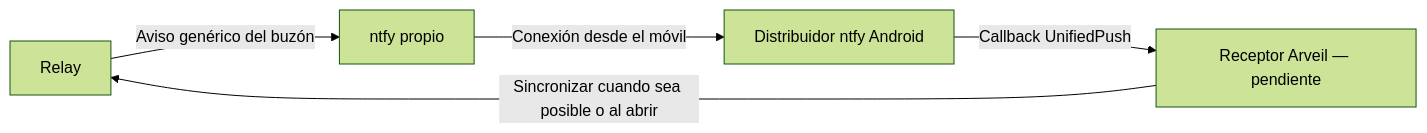
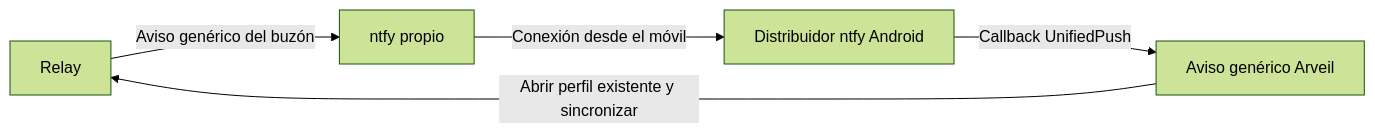
The diagram in docs/es/CLIENT_FILES_NOTIFICATIONS.md (Ulzuhan/arveil), drawn with Mermaid (forest theme) before and after one commit. The commit also changed other lines of this file and 42 other files, not shown here.

````diff
--- a/docs/es/CLIENT_FILES_NOTIFICATIONS.md
+++ b/docs/es/CLIENT_FILES_NOTIFICATIONS.md
@@ -74,7 +74,7 @@
 ```mermaid
 flowchart LR
   R[Relay] -->|Aviso genérico del buzón| N[ntfy propio]
   N -->|Conexión desde el móvil| D[Distribuidor ntfy Android]
-  D -->|Callback UnifiedPush| A[Receptor Arveil — pendiente]
-  A -->|Sincronizar cuando sea posible o al abrir| R
+  D -->|Callback UnifiedPush| A[Aviso genérico Arveil]
+  A -->|Abrir perfil existente y sincronizar| R
 ```
````
